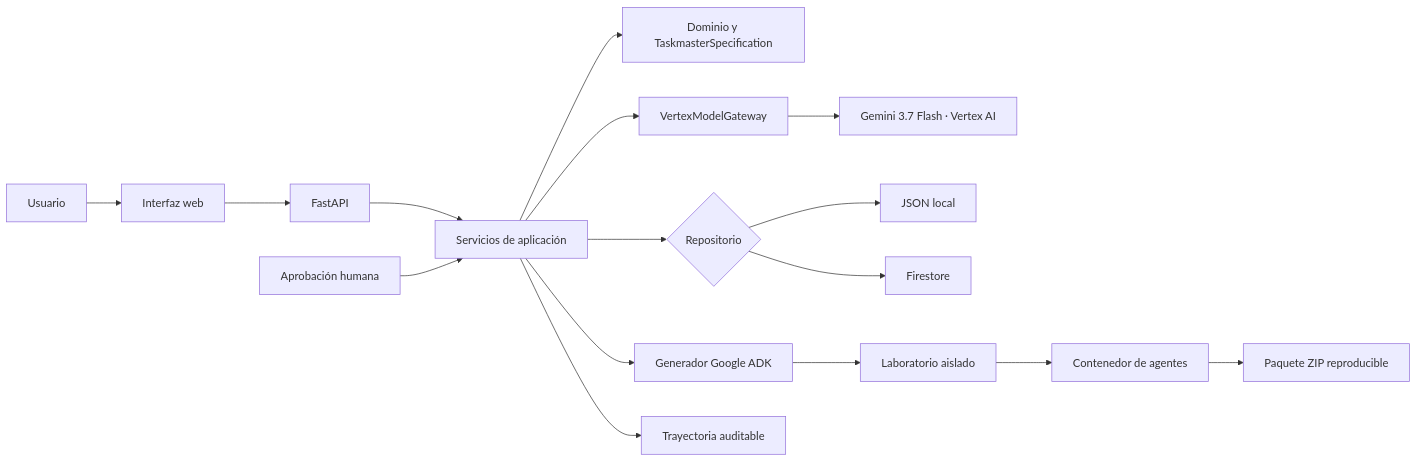
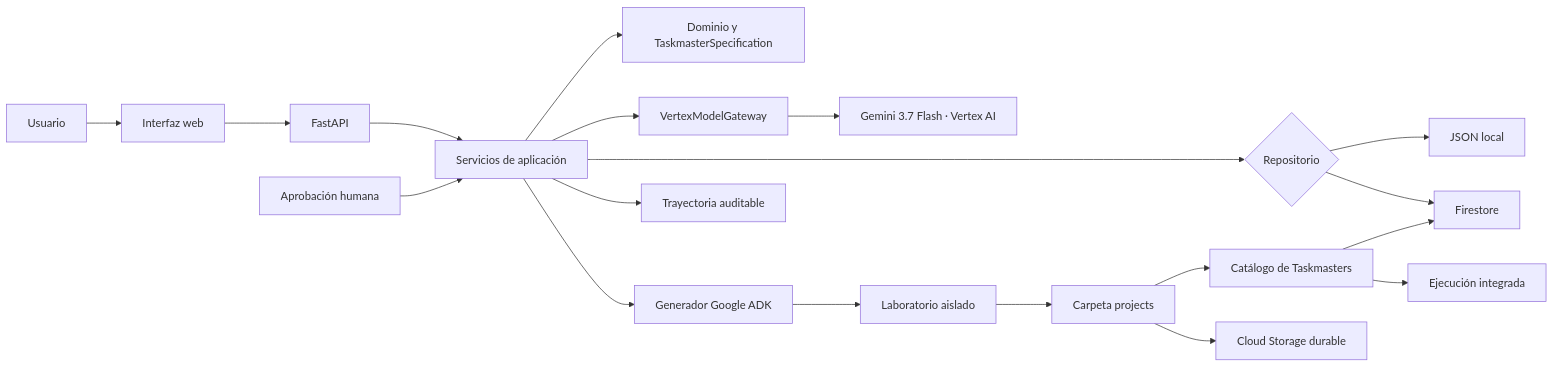
The diagram in README.md (JavierMurcia/collaborative-taskmaster-studio), drawn with Mermaid before and after one commit. The commit also changed other lines of this file and 31 other files, not shown here.

Commit message:
feat: persist generated agents in firestore and cloud storage

````diff
--- a/README.md
+++ b/README.md
@@ -226,18 +230,21 @@
 ```mermaid
 flowchart LR
     USER[Usuario] --> UI[Interfaz web]
     UI --> API[FastAPI]
     API --> USE[Servicios de aplicación]
     USE --> DOMAIN[Dominio y TaskmasterSpecification]
     USE --> MODEL[VertexModelGateway]
     MODEL --> GEMINI[Gemini 3.7 Flash · Vertex AI]
     USE --> REPO{Repositorio}
     REPO --> LOCAL[JSON local]
     REPO --> FIRESTORE[Firestore]
     USE --> GENERATOR[Generador Google ADK]
     GENERATOR --> LAB[Laboratorio aislado]
-    LAB --> LIBRARY[Contenedor de agentes]
-    LIBRARY --> ZIP[Paquete ZIP reproducible]
+    LAB --> PROJECTS[Carpeta projects]
+    PROJECTS --> LIBRARY[Catálogo de Taskmasters]
+    PROJECTS --> STORAGE[Cloud Storage durable]
+    LIBRARY --> FIRESTORE
+    LIBRARY --> RUNTIME[Ejecución integrada]
     USE --> AUDIT[Trayectoria auditable]
     APPROVAL[Aprobación humana] --> USE
 ```
````
